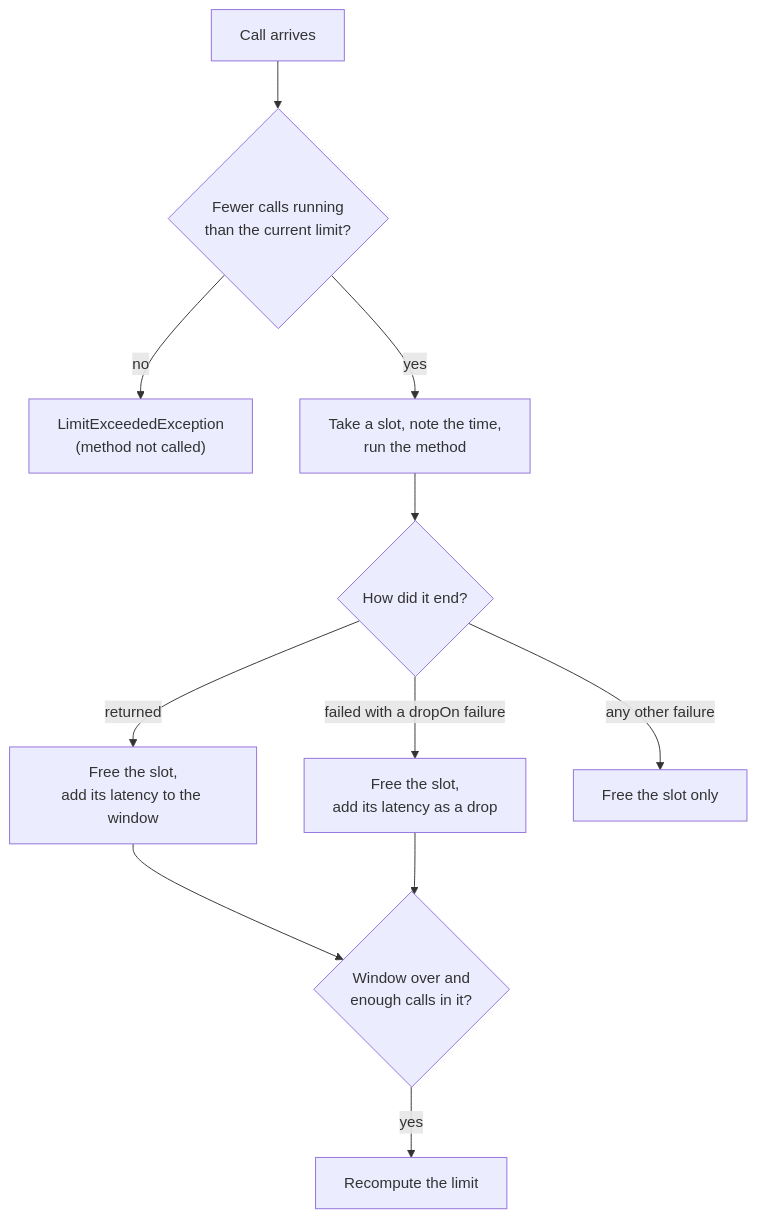
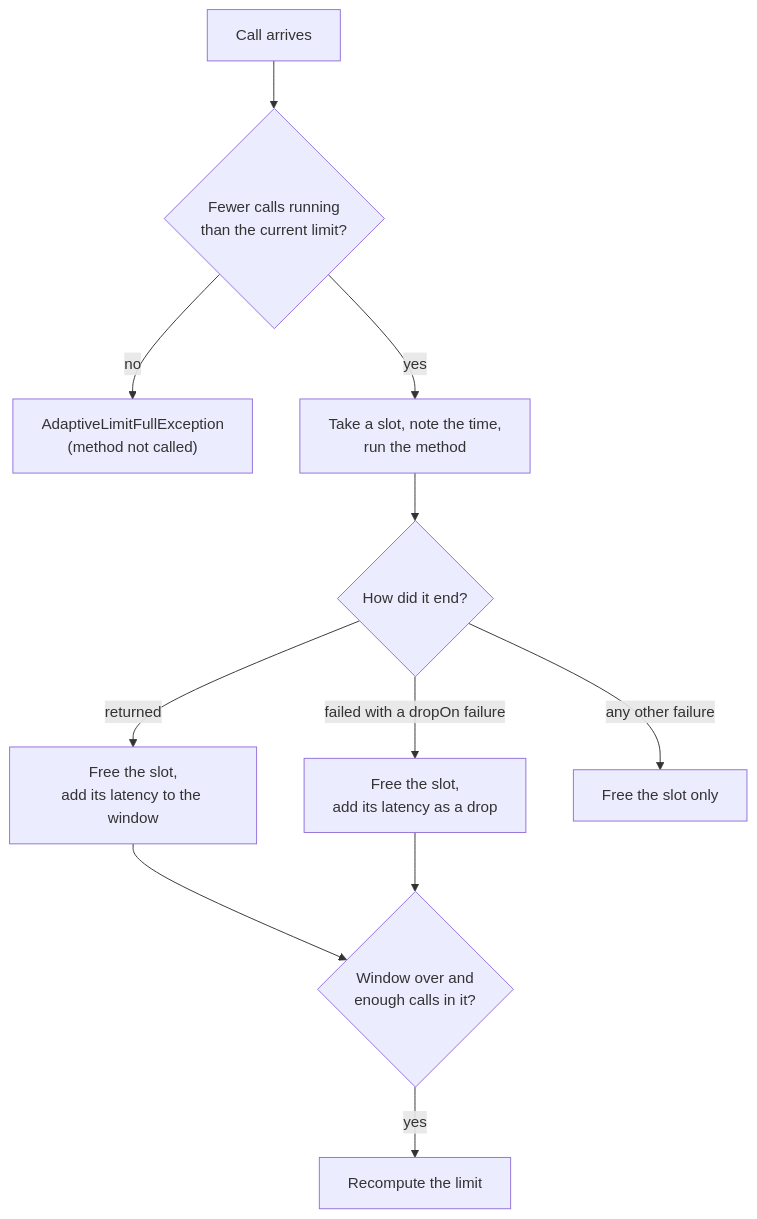
One commit to fabiangftech/resilience4cata changed the diagram in docs/en/policies/adaptive-limit.md. Above: the diagram before and after it, drawn with Mermaid. The commit also changed other lines of this file and 165 other files, not shown here.

````diff
--- a/docs/en/policies/adaptive-limit.md
+++ b/docs/en/policies/adaptive-limit.md
@@ -61,13 +61,13 @@
 ```mermaid
 flowchart TD
     arrives["Call arrives"] --> free{"Fewer calls running<br/>than the current limit?"}
-    free -- no --> reject["LimitExceededException<br/>(method not called)"]
+    free -- no --> reject["AdaptiveLimitFullException<br/>(method not called)"]
     free -- yes --> run["Take a slot, note the time,<br/>run the method"]
     run --> outcome{"How did it end?"}
     outcome -- "returned" --> sample["Free the slot,<br/>add its latency to the window"]
     outcome -- "failed with a dropOn failure" --> drop["Free the slot,<br/>add its latency as a drop"]
     outcome -- "any other failure" --> ignore["Free the slot only"]
     sample --> over{"Window over and<br/>enough calls in it?"}
     drop --> over
     over -- yes --> recompute["Recompute the limit"]:::signal
 ```
````
